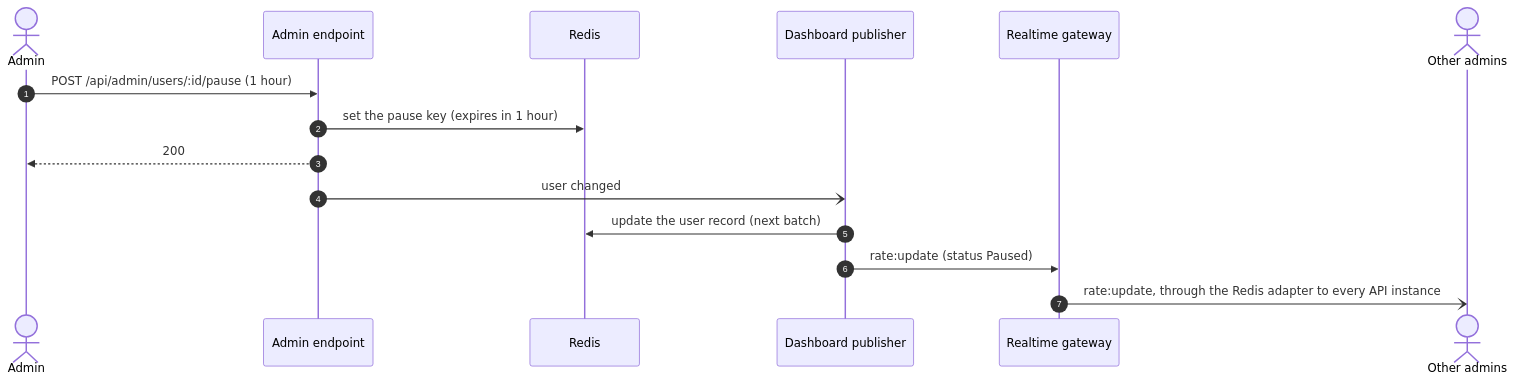
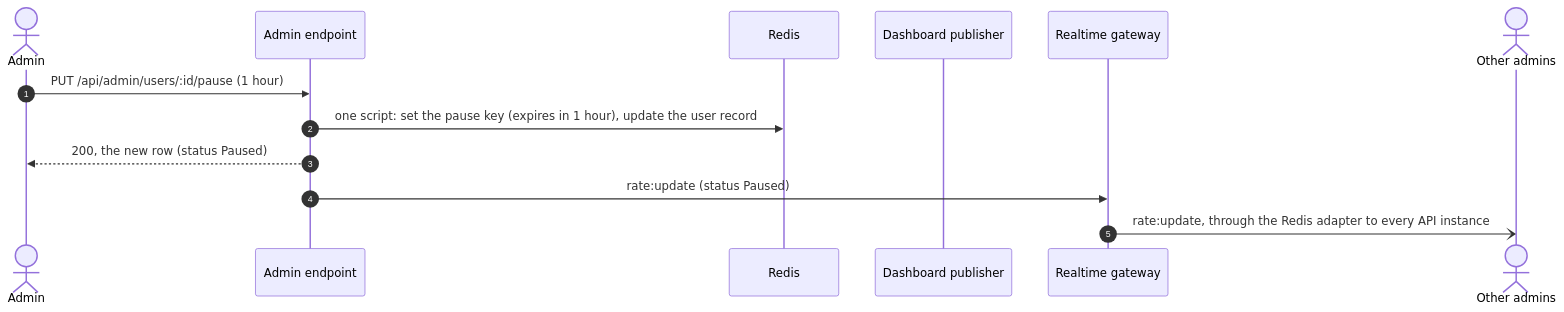
The sixth of 7 diagrams in apps/docs/src/content/docs/architecture/hld.md (nitzanto/ratewatch), drawn with Mermaid before and after one commit. The commit also changed other lines of this file and 31 other files, not shown here.

First line of the commit message:
feat(dashboard): set a custom limit, pause and unlock from the dashboard (#73)

````diff
--- a/apps/docs/src/content/docs/architecture/hld.md
+++ b/apps/docs/src/content/docs/architecture/hld.md
@@ -204,17 +204,15 @@
 ```mermaid
 sequenceDiagram
   autonumber
   actor A as Admin
   participant H as Admin endpoint
   participant R as Redis
   participant P as Dashboard publisher
   participant S as Realtime gateway
   actor B as Other admins
-  A->>H: POST /api/admin/users/:id/pause (1 hour)
-  H->>R: set the pause key (expires in 1 hour)
-  H-->>A: 200
-  H-)P: user changed
-  P->>R: update the user record (next batch)
-  P->>S: rate:update (status Paused)
+  A->>H: PUT /api/admin/users/:id/pause (1 hour)
+  H->>R: one script: set the pause key (expires in 1 hour), update the user record
+  H-->>A: 200, the new row (status Paused)
+  H->>S: rate:update (status Paused)
   S-)B: rate:update, through the Redis adapter to every API instance
 ```
````
